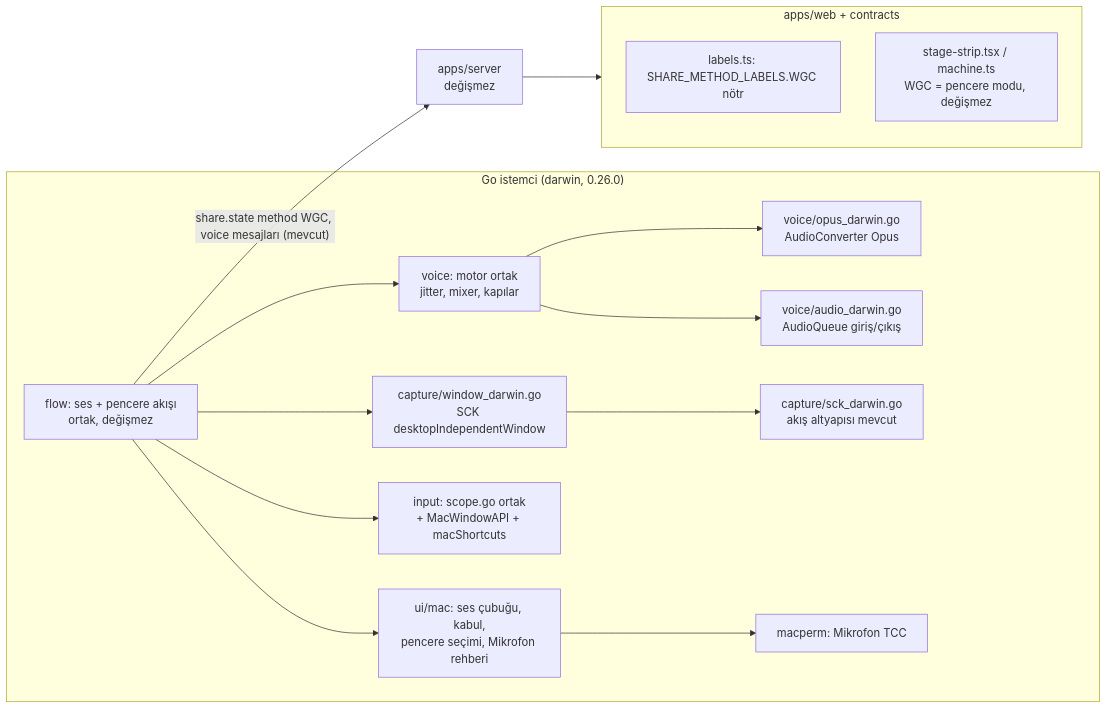
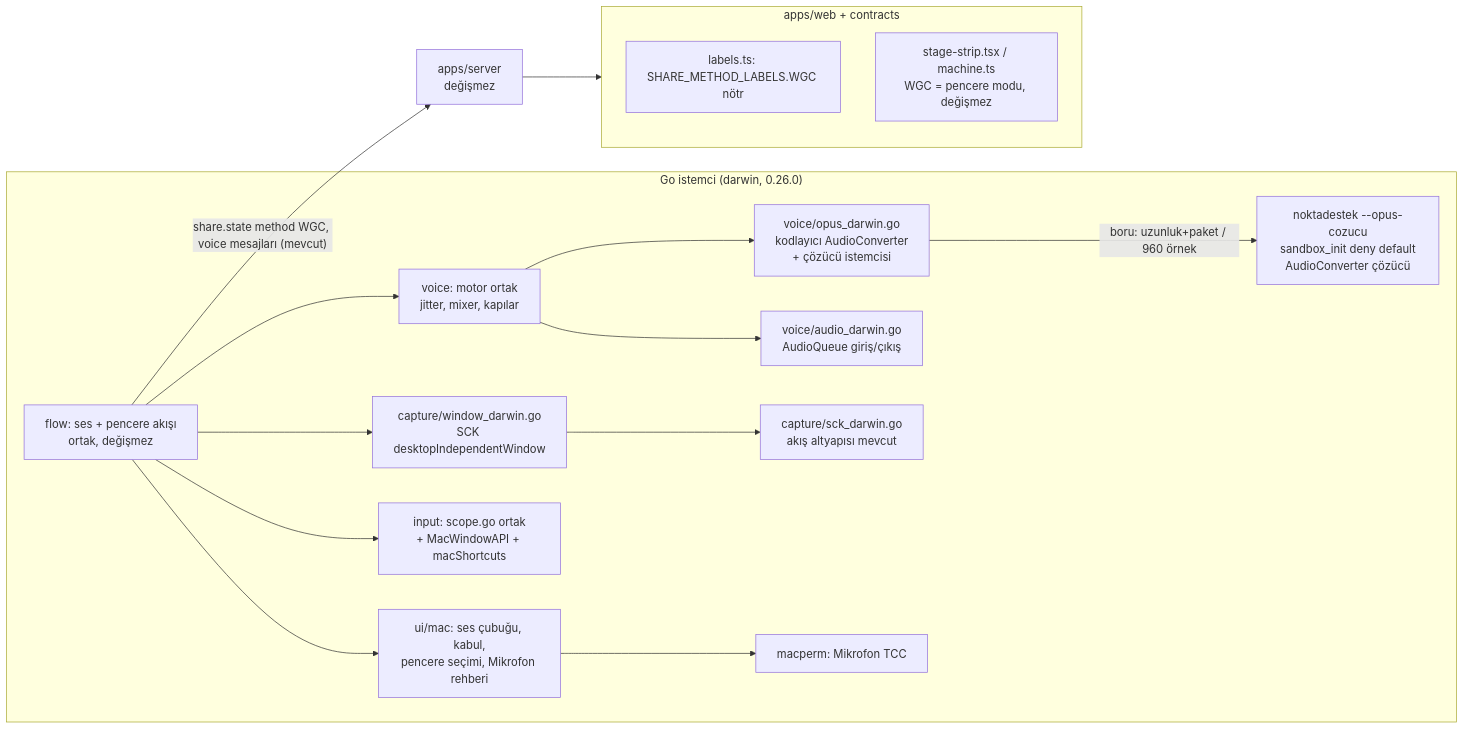
Before and after one commit to NoktaBilisim/Remote: the diagram in docs/mimari-p33.md, drawn with Mermaid. The commit also changed other lines of this file and 3 other files, not shown here.

````diff
--- a/docs/mimari-p33.md
+++ b/docs/mimari-p33.md
@@ -58,19 +60,20 @@
 ```mermaid
 flowchart LR
   subgraph Mac["Go istemci (darwin, 0.26.0)"]
     F[flow: ses + pencere akışı<br/>ortak, değişmez] --> V[voice: motor ortak<br/>jitter, mixer, kapılar]
-    V --> OC[voice/opus_darwin.go<br/>AudioConverter Opus]
+    V --> OC[voice/opus_darwin.go<br/>kodlayıcı AudioConverter<br/>+ çözücü istemcisi]
+    OC -- "boru: uzunluk+paket / 960 örnek" --> HP[noktadestek --opus-cozucu<br/>sandbox_init deny default<br/>AudioConverter çözücü]
     V --> AQ[voice/audio_darwin.go<br/>AudioQueue giriş/çıkış]
     F --> CW[capture/window_darwin.go<br/>SCK desktopIndependentWindow]
     CW --> ST[capture/sck_darwin.go<br/>akış altyapısı mevcut]
     F --> IN[input: scope.go ortak<br/>+ MacWindowAPI + macShortcuts]
     F --> UI[ui/mac: ses çubuğu, kabul,<br/>pencere seçimi, Mikrofon rehberi]
     UI --> MP[macperm: Mikrofon TCC]
   end
   subgraph Web["apps/web + contracts"]
     L[labels.ts: SHARE_METHOD_LABELS.WGC nötr]
     SS[stage-strip.tsx / machine.ts<br/>WGC = pencere modu, değişmez]
   end
   S[apps/server<br/>değişmez]
   F -- "share.state method WGC, voice mesajları (mevcut)" --> S --> Web
 ```
````
